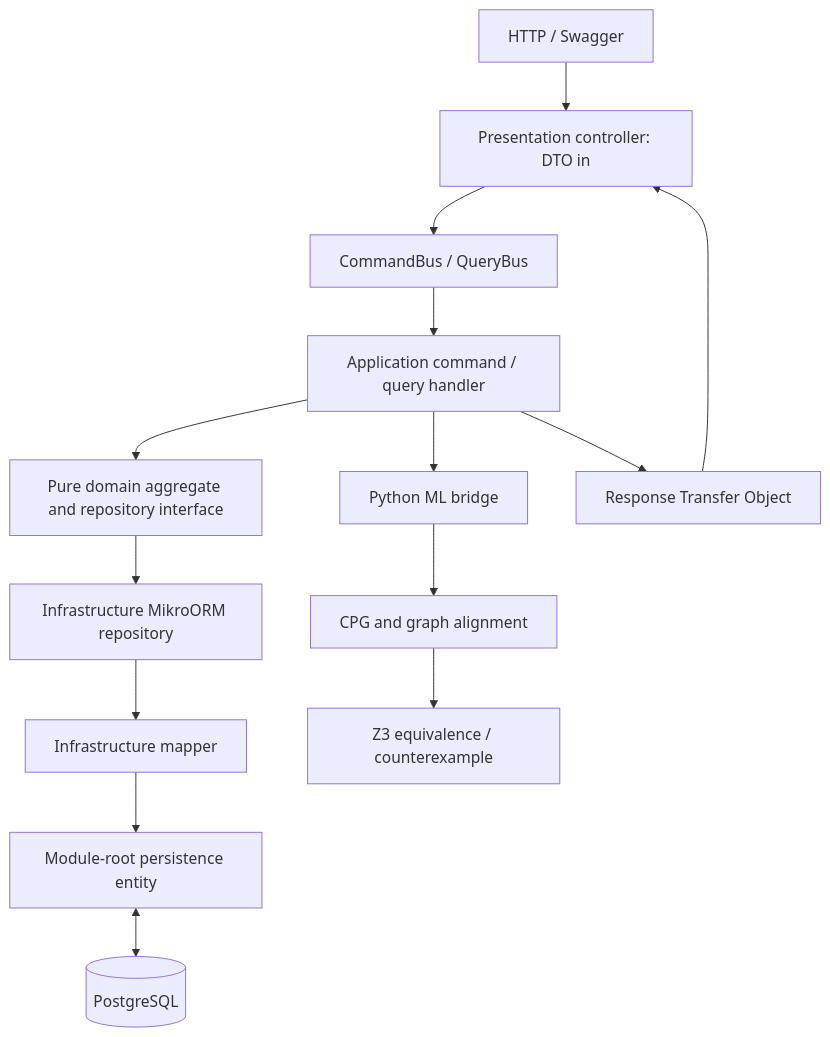
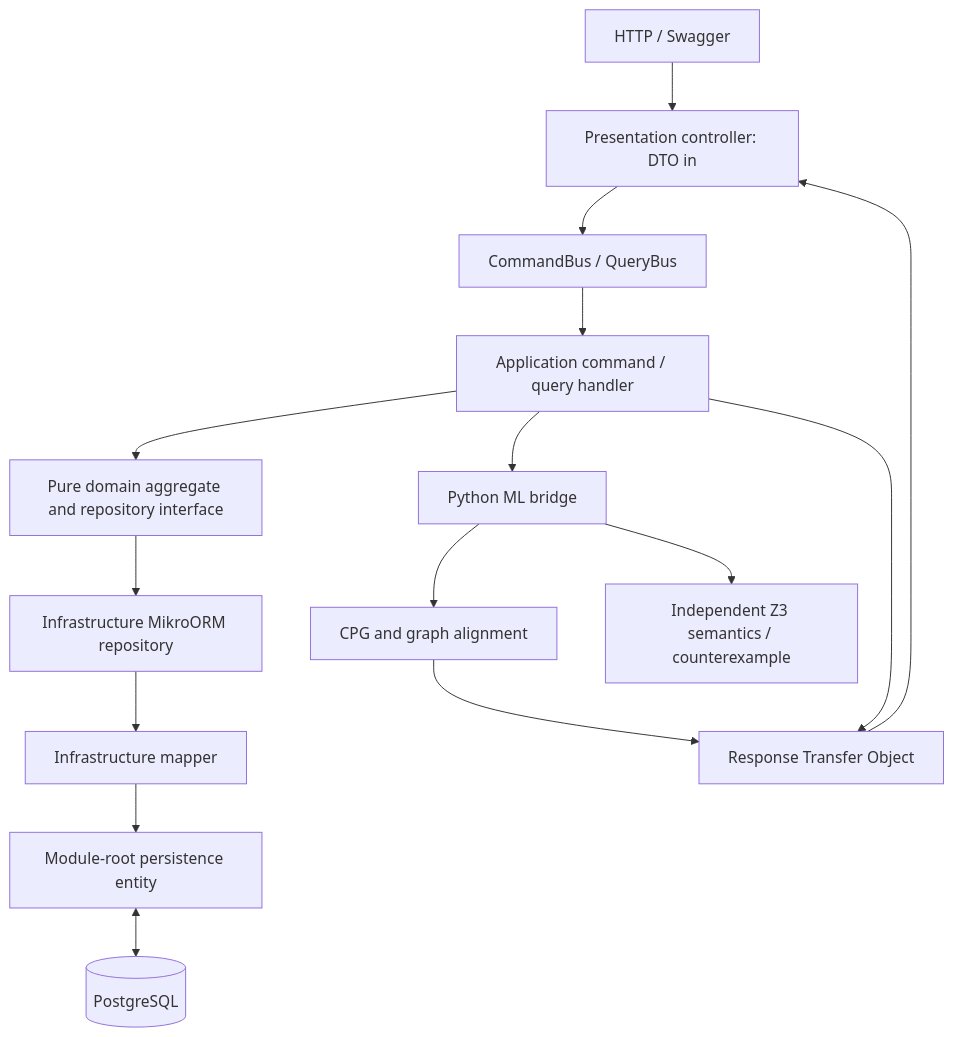
Before and after one commit to pivzavod83/SOTONSHIP: the diagram in README.md, drawn with Mermaid. The commit also changed other lines of this file and 59 other files, not shown here.

````diff
--- a/README.md
+++ b/README.md
@@ -73,16 +49,17 @@
 ```mermaid
 flowchart TD
   HTTP[HTTP / Swagger] --> C[Presentation controller: DTO in]
   C --> B[CommandBus / QueryBus]
   B --> H[Application command / query handler]
   H --> D[Pure domain aggregate and repository interface]
   D --> R[Infrastructure MikroORM repository]
   R --> M[Infrastructure mapper]
   M --> E[Module-root persistence entity]
   E <--> P[(PostgreSQL)]
   H --> ML[Python ML bridge]
   ML --> G[CPG and graph alignment]
-  G --> Z[Z3 equivalence / counterexample]
+  ML --> Z[Independent Z3 semantics / counterexample]
+  G --> O
   H --> O[Response Transfer Object]
   O --> C
 ```
````
